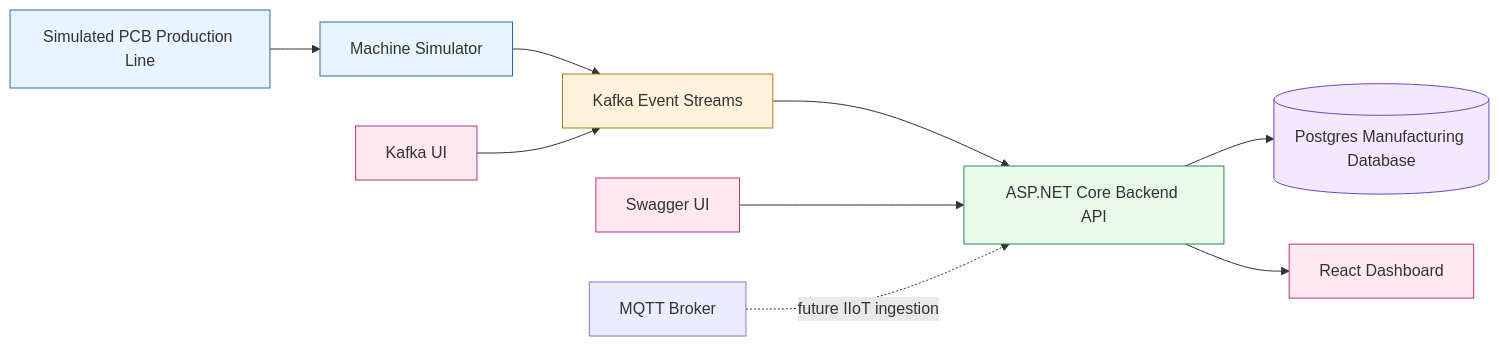
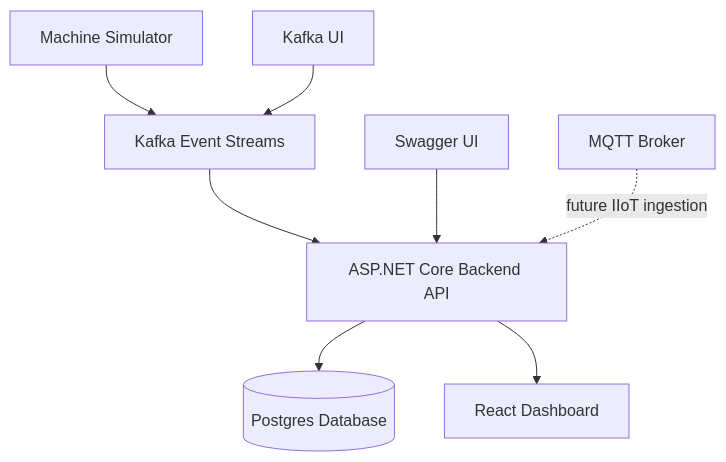
Before and after one commit to parthoece/fabiq-smart-factory: the first of 7 diagrams in README.md, drawn with Mermaid. The commit also changed other lines of this file, not shown here.

Commit message:
modified readme visual diagram

````diff
--- a/README.md
+++ b/README.md
@@ -21,23 +27,11 @@
 ```mermaid
-flowchart LR
-    A[Simulated PCB Production Line] --> B[Machine Simulator]
-    B --> C[Kafka Event Streams]
-    C --> D[ASP.NET Core Backend API]
-    D --> E[(Postgres Manufacturing Database)]
-    D --> F[React Dashboard]
-    G[Kafka UI] --> C
-    H[Swagger UI] --> D
-    I[MQTT Broker] -. future IIoT ingestion .-> D
+flowchart TB
+    A[Machine Simulator] --> B[Kafka Event Streams]
+    B --> C[ASP.NET Core Backend API]
+    C --> D[(Postgres Database)]
+    C --> E[React Dashboard]
 
-    classDef source fill:#e8f4ff,stroke:#2b6cb0,stroke-width:1px
-    classDef stream fill:#fff4db,stroke:#b7791f,stroke-width:1px
-    classDef backend fill:#e9fbe9,stroke:#2f855a,stroke-width:1px
-    classDef data fill:#f3e8ff,stroke:#6b46c1,stroke-width:1px
-    classDef ui fill:#ffe8ef,stroke:#b83280,stroke-width:1px
-
-    class A,B source
-    class C stream
-    class D backend
-    class E data
-    class F,G,H ui
+    F[Kafka UI] --> B
+    G[Swagger UI] --> C
+    H[MQTT Broker] -. future IIoT ingestion .-> C
 ```
````
